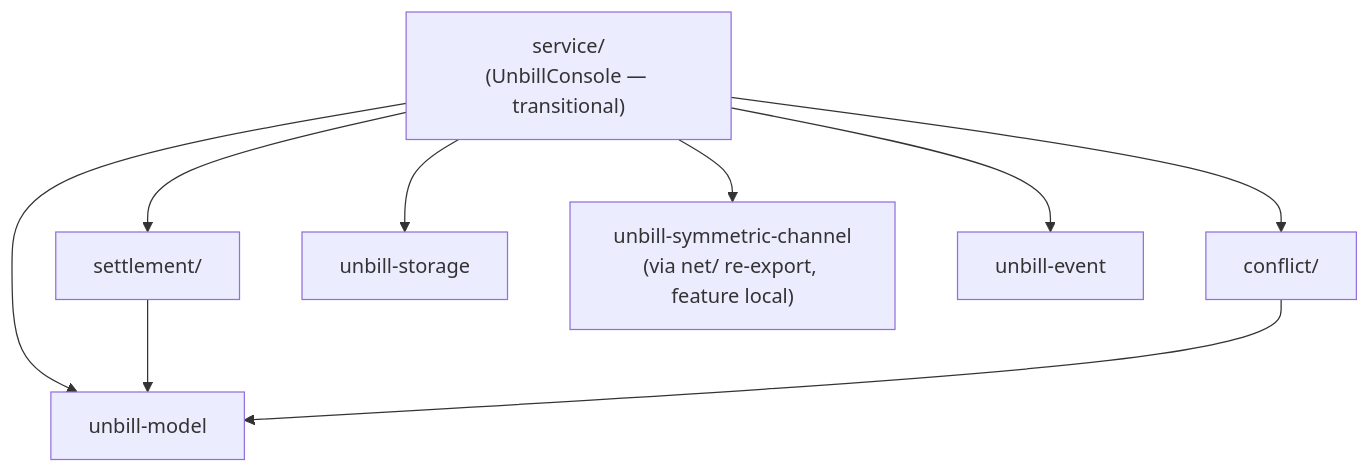
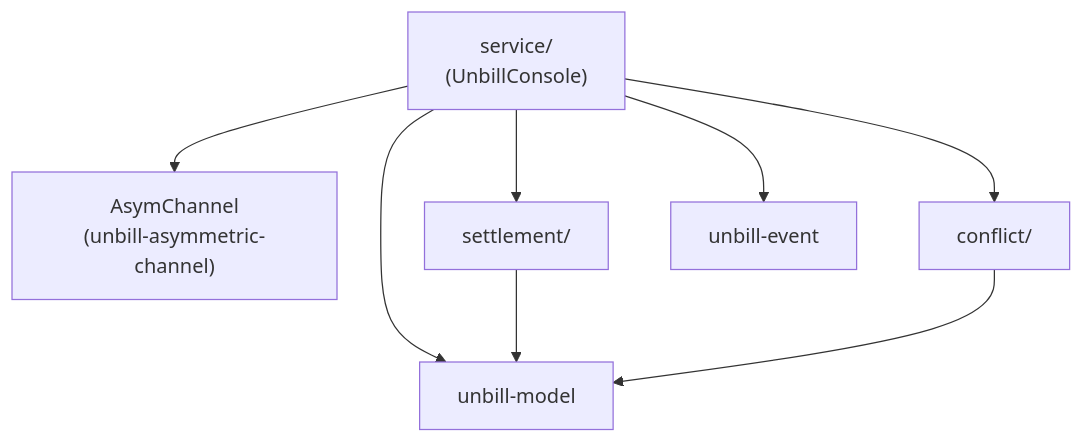
One commit to unbill-project/unbill changed the diagram in crates/unbill-console/DESIGN.md. Above: the diagram before and after it, drawn with Mermaid. The commit also changed other lines of this file and 3 other files, not shown here.

````diff
--- a/crates/unbill-console/DESIGN.md
+++ b/crates/unbill-console/DESIGN.md
@@ -7,19 +7,17 @@
 ```mermaid
 flowchart TB
-    Service["service/\n(UnbillConsole — transitional)"]
+    Service["service/\n(UnbillConsole)"]
+    AsymCh["AsymChannel\n(unbill-asymmetric-channel)"]
     Settlement["settlement/"]
     Conflict["conflict/"]
-    Storage["unbill-storage"]
-    SymNet["unbill-symmetric-channel\n(via net/ re-export, feature local)"]
     Model["unbill-model"]
     Event["unbill-event"]
 
+    Service --> AsymCh
     Service --> Settlement
     Service --> Conflict
-    Service --> Storage
-    Service --> SymNet
     Service --> Model
     Service --> Event
     Settlement --> Model
     Conflict --> Model
 ```
````
